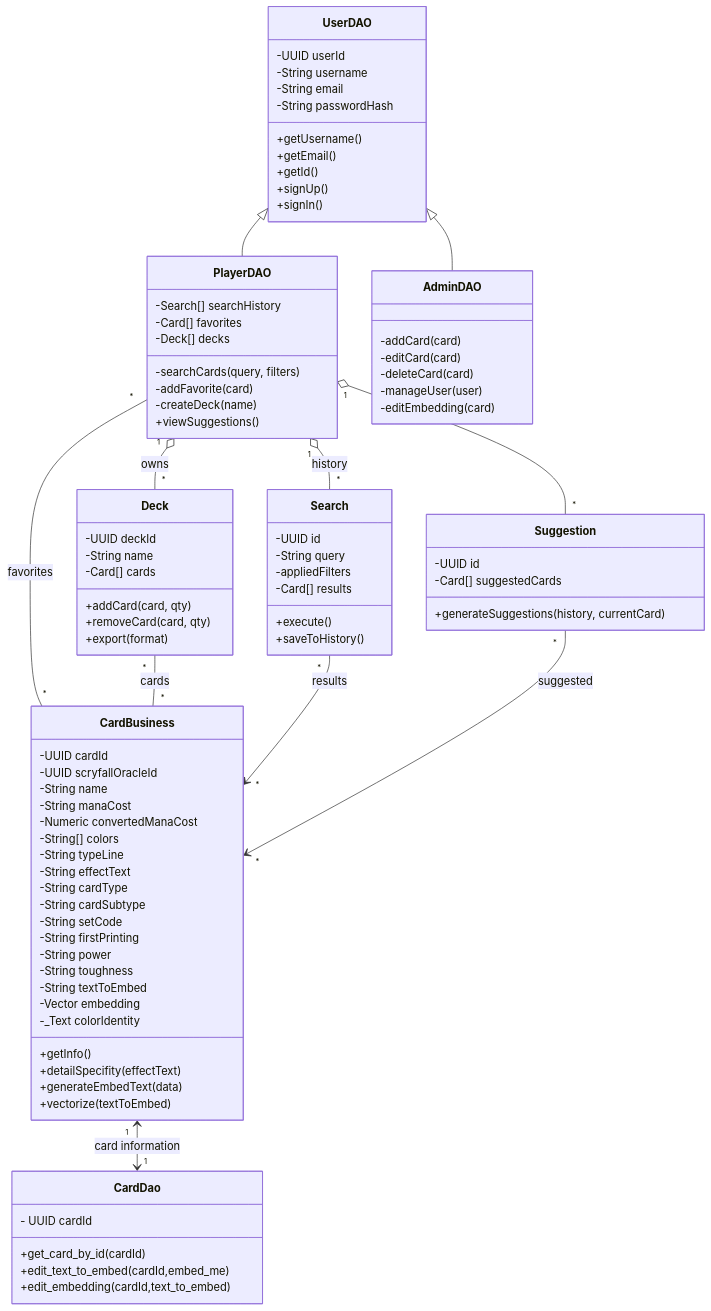
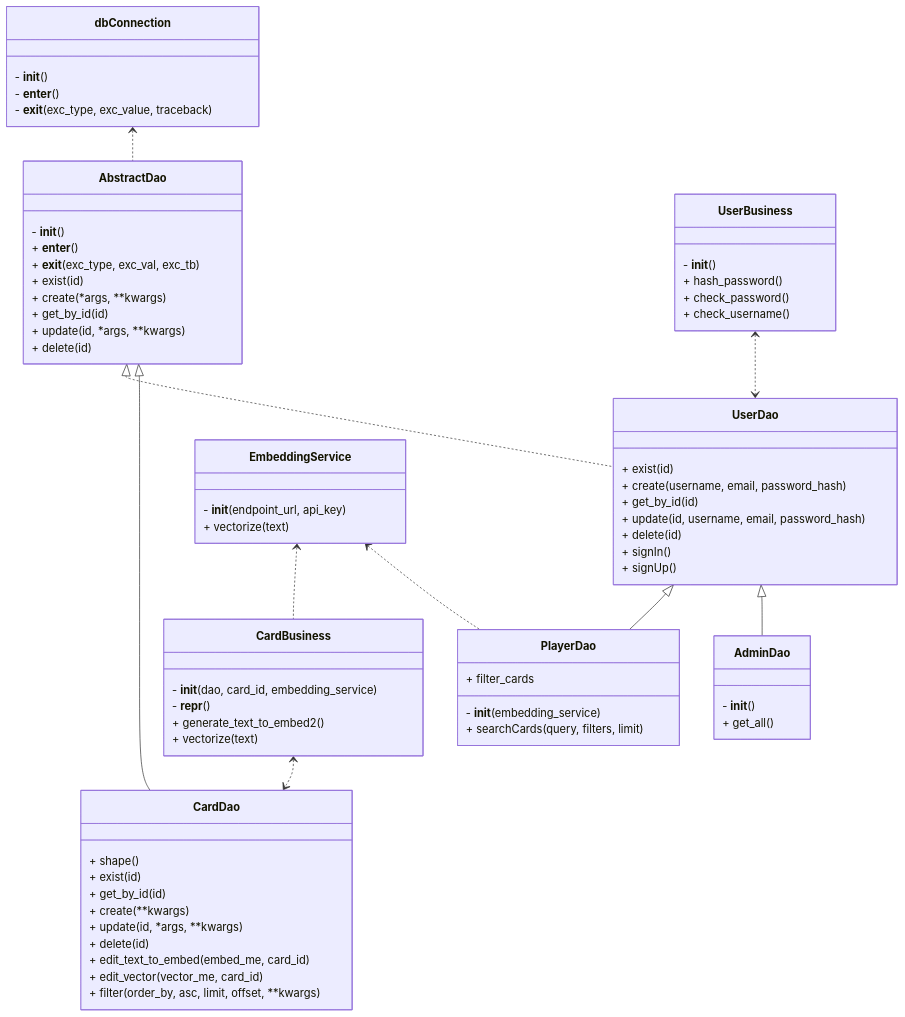
Before and after one commit to projet-info-2A-ensai-grp4/MagicSearch-2A: the diagram in doc/diagrams/class_diagram.md, drawn with Mermaid.

Commit message:
class diagram

````diff
--- a/doc/diagrams/class_diagram.md
+++ b/doc/diagrams/class_diagram.md
@@ -1,99 +1,87 @@
 ```mermaid
 classDiagram
-    class UserDAO {
-        -UUID userId
-        -String username
-        -String email
-        -String passwordHash
-        +getUsername()
-        +getEmail()
-        +getId()
-        +signUp()
-        +signIn()
+ %% === DAO Layer ===
+    class AbstractDao {
+        - __init__()
+        + __enter__()
+        + __exit__(exc_type, exc_val, exc_tb)
+        + exist(id)
+        + create(*args, **kwargs)
+        + get_by_id(id)
+        + update(id, *args, **kwargs)
+        + delete(id)
     }
 
-    class PlayerDAO {
-        -Search[] searchHistory
-        -Card[] favorites
-        -Deck[] decks
-        -searchCards(query, filters)
-        -addFavorite(card)
-        -createDeck(name)
-        +viewSuggestions()
+    class UserDao {
+        + exist(id)
+        + create(username, email, password_hash)
+        + get_by_id(id)
+        + update(id, username, email, password_hash)
+        + delete(id)
+        + signIn()
+        + signUp()
     }
 
-    class AdminDAO {
-        -addCard(card)
-        -editCard(card)
-        -deleteCard(card)
-        -manageUser(user)
-        -editEmbedding(card)
+    class PlayerDao{
+        - __init__(embedding_service)
+        + filter_cards
+        + searchCards(query, filters, limit)
     }
 
-    UserDAO <|-- PlayerDAO
-    UserDAO <|-- AdminDAO
+    class AdminDao{
+        - __init__()
+        + get_all()
+    }
+
+    class CardDao{
+        + shape()
+        + exist(id)
+        + get_by_id(id)
+        + create(**kwargs)
+        + update(id, *args, **kwargs)
+        + delete(id)
+        + edit_text_to_embed(embed_me, card_id)
+        + edit_vector(vector_me, card_id)
+        + filter(order_by, asc, limit, offset, **kwargs)
+    }
 
 
-    class CardBusiness {
-        -UUID cardId
-        -UUID scryfallOracleId
-        -String name
-        -String manaCost
-        -Numeric convertedManaCost
-        -String[] colors
-        -String typeLine
-        -String effectText
-        -String cardType
-        -String cardSubtype
-        -String setCode
-        -String firstPrinting
-        -String power
-        -String toughness
-        -String textToEmbed
-        -Vector embedding
-        -_Text colorIdentity
-        +getInfo()
-        +detailSpecifity(effectText)
-        +generateEmbedText(data)
-        +vectorize(textToEmbed)
+%% === Business Layer ===
+    class CardBusiness{
+        - __init__(dao, card_id, embedding_service)
+        - __repr__()
+        + generate_text_to_embed2()
+        + vectorize(text)
     }
 
-    class CardDao {
-        - UUID cardId
-        +get_card_by_id(cardId)
-        +edit_text_to_embed(cardId,embed_me)
-        +edit_embedding(cardId,text_to_embed)
-    }
-    class Deck {
-        -UUID deckId
-        -String name
-        -Card[] cards
-        +addCard(card, qty)
-        +removeCard(card, qty)
-        +export(format)
+    class UserBusiness{
+        - __init__()
+        + hash_password()
+        + check_password()
+        + check_username()
     }
 
-    class Search {
-        -UUID id
-        -String query
-        -appliedFilters
-        -Card[] results
-        +execute()
-        +saveToHistory()
+%% === Service Layer ===
+    class EmbeddingService{
+        - __init__(endpoint_url, api_key)
+        + vectorize(text)
     }
 
-    class Suggestion {
-        -UUID id
-        -Card[] suggestedCards
-        +generateSuggestions(history, currentCard)
+
+%% === Utils Layer ===
+    class dbConnection{
+        - __init__()
+        - __enter__()
+        - __exit__(exc_type, exc_value, traceback)
     }
 
-    PlayerDAO "1" o-- "*" Search : history
-    PlayerDAO "1" o-- "*" Deck : owns
-    PlayerDAO "*" -- "*" CardBusiness : favorites
-    Deck "*" -- "*" CardBusiness : cards
-    Search "*" --> "*" CardBusiness : results
-    PlayerDAO "1" o-- "*" Suggestion
-    Suggestion "*" --> "*" CardBusiness : suggested
-    CardBusiness "1" <--> "1" CardDao: card information
+UserDao <|-- AdminDao
+UserDao <|-- PlayerDao
+EmbeddingService <.. PlayerDao
+EmbeddingService <.. CardBusiness
+CardBusiness <..> CardDao
+AbstractDao <|-- CardDao
+dbConnection <.. AbstractDao
+AbstractDao <|.. UserDao
+UserBusiness <..> UserDao
 ```
````
